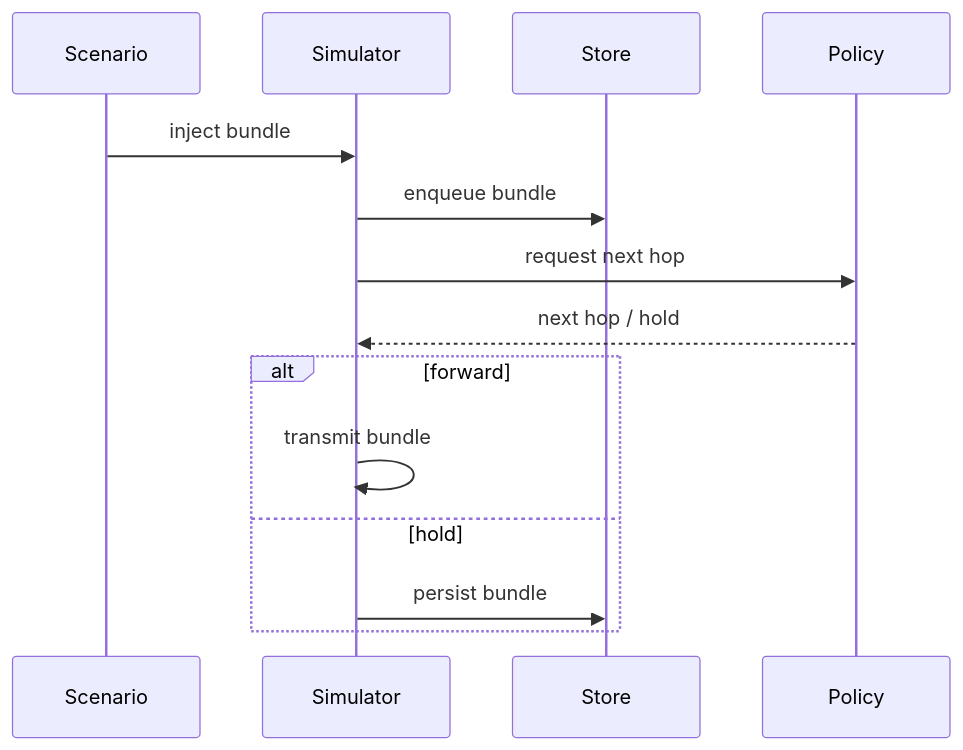
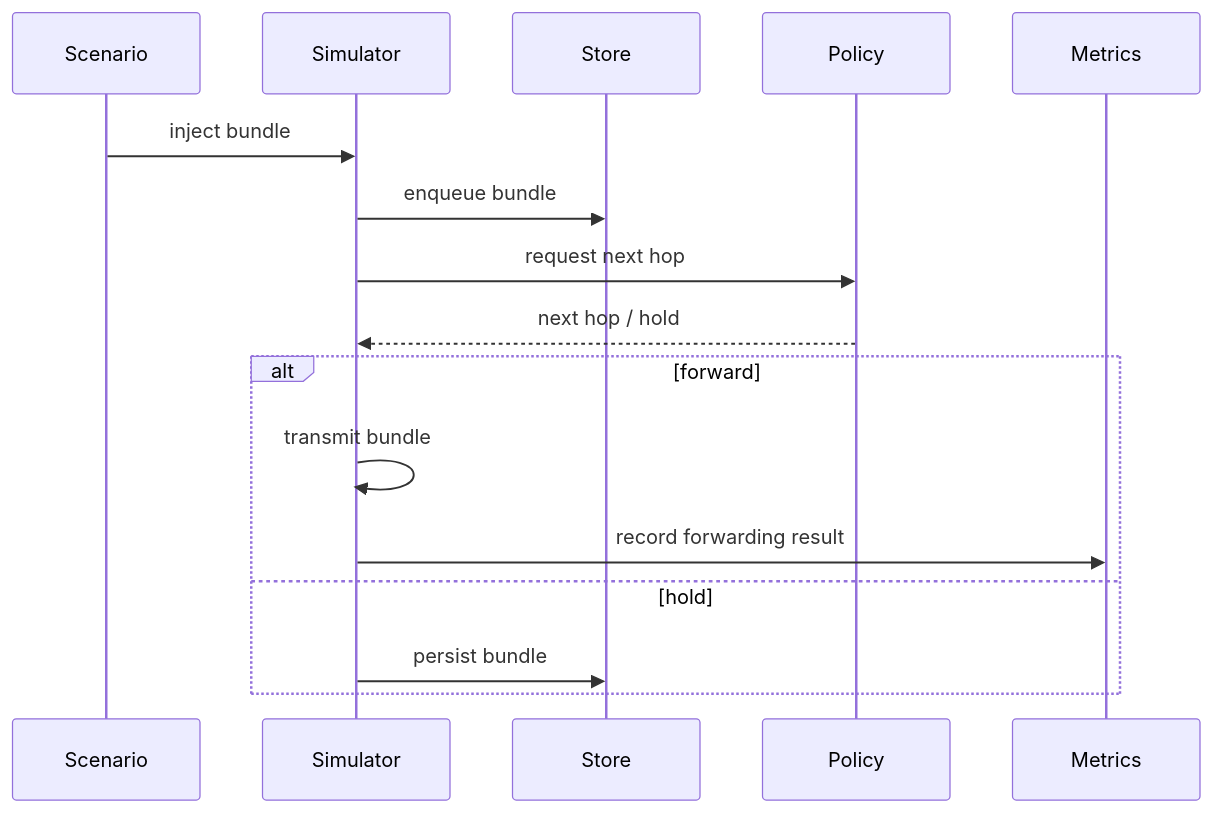
The second of 7 diagrams in docs/architecture.md (leozzmc/AetherNet), drawn with Mermaid before and after one commit. The commit also changed other lines of this file and 6 other files, not shown here.

````diff
--- a/docs/architecture.md
+++ b/docs/architecture.md
@@ -80,19 +121,21 @@
 ```mermaid
 sequenceDiagram
     participant Scenario
     participant Simulator
     participant Store
     participant Policy
+    participant Metrics
 
     Scenario->>Simulator: inject bundle
     Simulator->>Store: enqueue bundle
 
     Simulator->>Policy: request next hop
     Policy-->>Simulator: next hop / hold
 
     alt forward
         Simulator->>Simulator: transmit bundle
+        Simulator->>Metrics: record forwarding result
     else hold
         Simulator->>Store: persist bundle
     end
 ```
````
